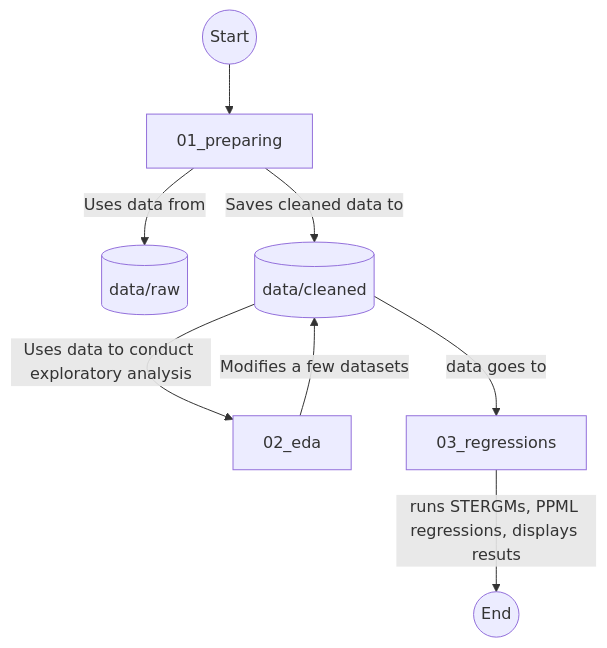
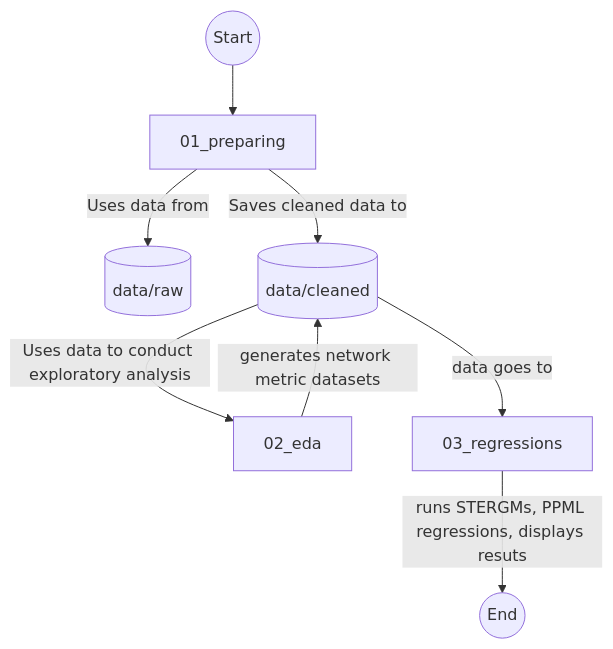
Before and after one commit to TAD600/Global_Cultural_Trade_Network: the diagram in README.md, drawn with Mermaid.

````diff
--- a/README.md
+++ b/README.md
@@ -4,10 +4,10 @@
 ```mermaid
 flowchart TD
     A((Start)) --> B[01_preparing]
     B -->|Uses data from| C[(data/raw)]
     B -->|Saves cleaned data to| D[(data/cleaned)]
     D --> |Uses data to conduct exploratory analysis|E[02_eda]
-    E -->|Modifies a few datasets| D
+    E -->|generates network metric datasets| D
     D --> |data goes to|F[03_regressions]
     F -->|runs STERGMs, PPML regressions, displays resuts|H((End))
 ```
````
